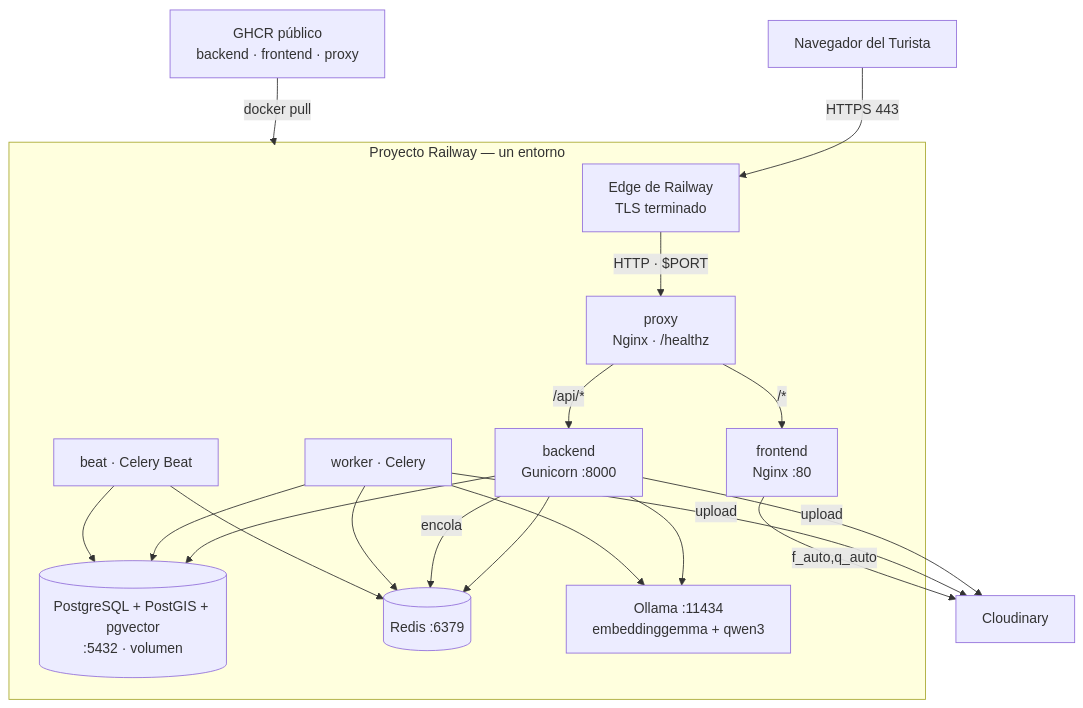
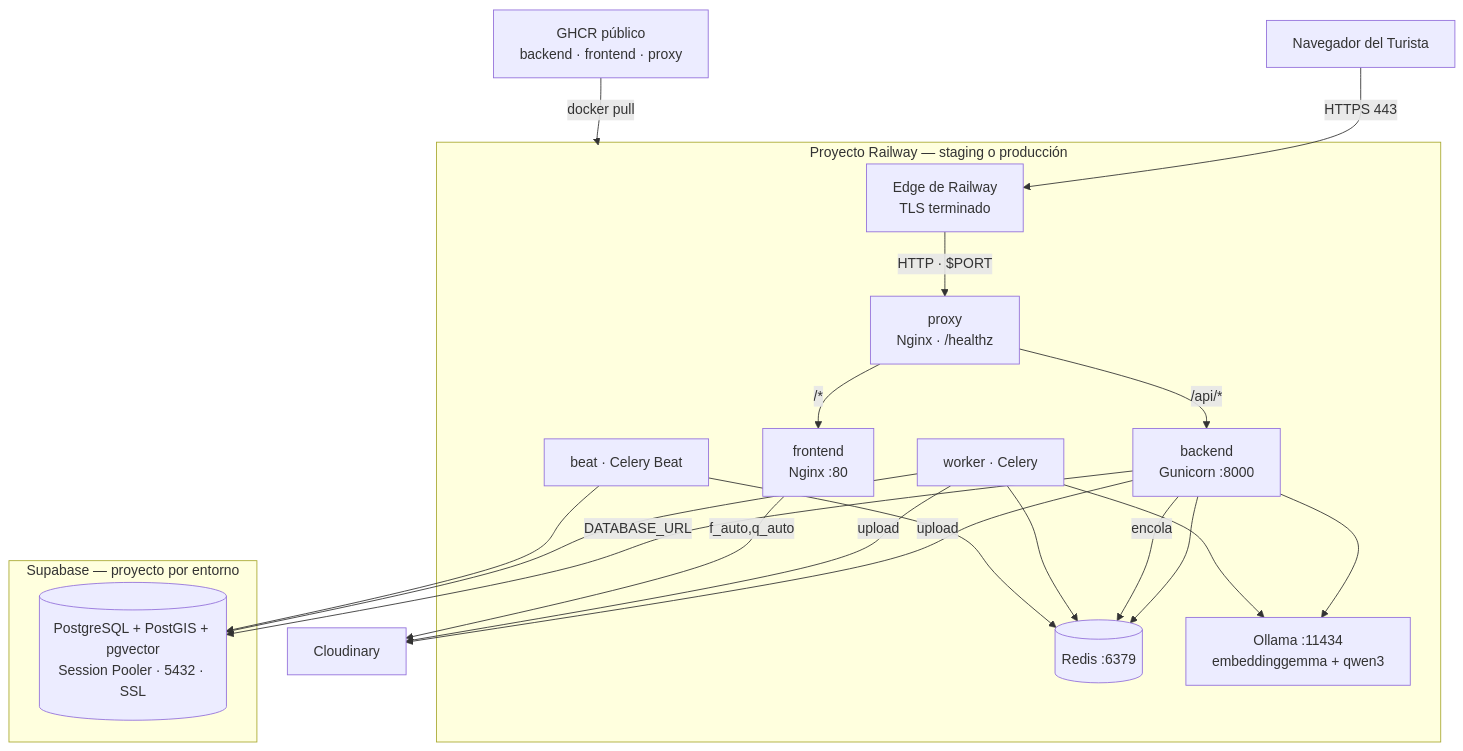
Before and after one commit to SajorIARA/proyecto-de-sistemas: the second of 2 diagrams in docs/architecture/06-despliegue.md, drawn with Mermaid. The commit also changed other lines of this file and 28 other files, not shown here.

First line of the commit message:
chore(deploy): GHCR + Supabase/Railway y DATABASE_URL con motor PostGIS

````diff
--- a/docs/architecture/06-despliegue.md
+++ b/docs/architecture/06-despliegue.md
@@ -122,29 +122,34 @@
 ```mermaid
 flowchart TB
     User[Navegador del Turista] -->|HTTPS 443| Edge[Edge de Railway<br/>TLS terminado]
 
-    subgraph Railway["Proyecto Railway — un entorno"]
+    subgraph Railway["Proyecto Railway — staging o producción"]
         Edge -->|HTTP · $PORT| Proxy[proxy<br/>Nginx · /healthz]
 
         Proxy -->|/api/*| Backend[backend<br/>Gunicorn :8000]
         Proxy -->|/*| Frontend[frontend<br/>Nginx :80]
 
-        Backend --> DB[(PostgreSQL + PostGIS + pgvector<br/>:5432 · volumen)]
         Backend --> Redis[(Redis :6379)]
         Backend --> Ollama[Ollama :11434<br/>embeddinggemma + qwen3]
         Backend -->|encola| Redis
 
         Worker[worker · Celery] --> Redis
-        Worker --> DB
         Worker --> Ollama
 
         Beat[beat · Celery Beat] --> Redis
-        Beat --> DB
     end
+
+    subgraph Supabase["Supabase — proyecto por entorno"]
+        DB[(PostgreSQL + PostGIS + pgvector<br/>Session Pooler · 5432 · SSL)]
+    end
+
+    Backend -->|DATABASE_URL| DB
+    Worker --> DB
+    Beat --> DB
 
     Backend -->|upload| Cloudinary[Cloudinary]
     Worker -->|upload| Cloudinary
     Frontend -->|f_auto,q_auto| Cloudinary
 
     GHCR[GHCR público<br/>backend · frontend · proxy] -->|docker pull| Railway
 ```
````
